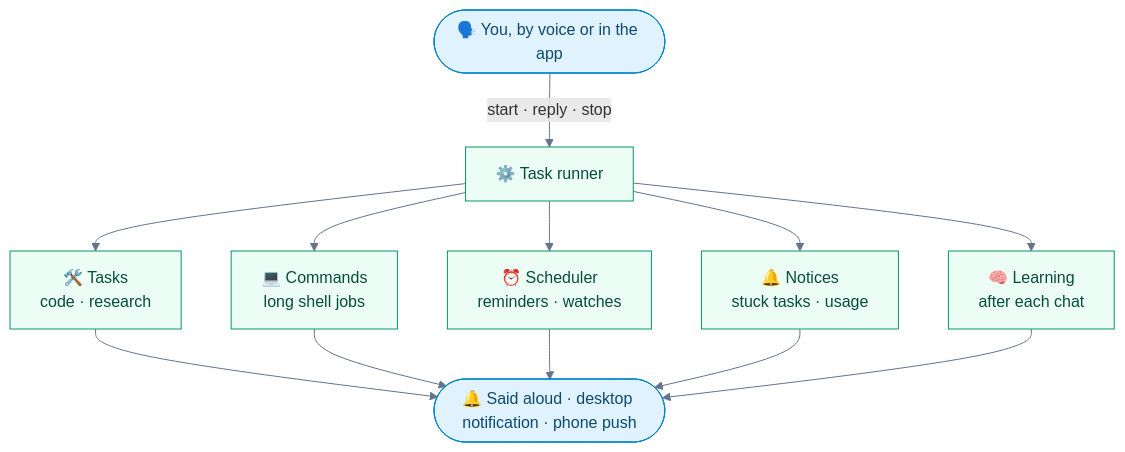
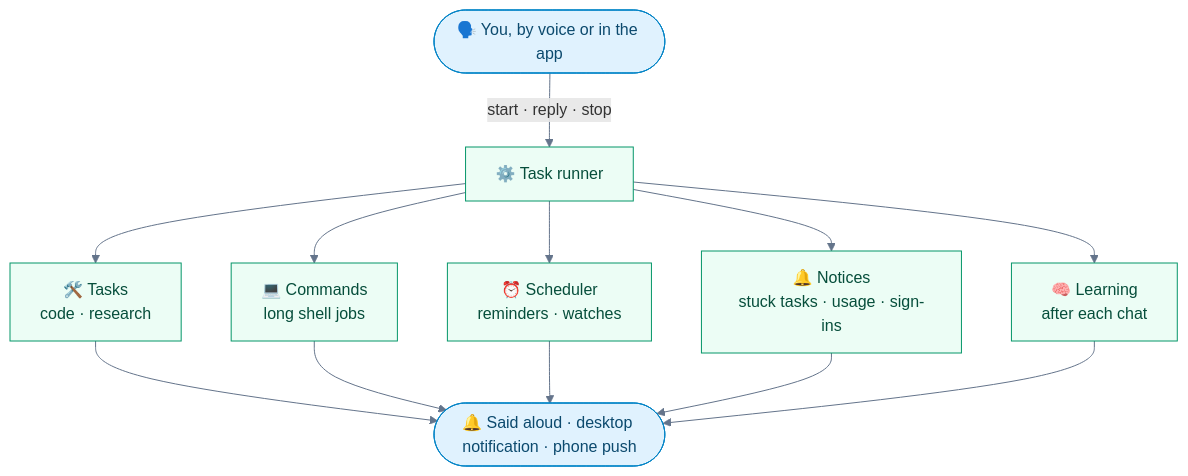
One commit to anilkumarmeena/alfred changed the first of 3 diagrams in docs/tasks.md. Above: the diagram before and after it, drawn with Mermaid. The commit also changed other lines of this file and 22 other files, not shown here.

````diff
--- a/docs/tasks.md
+++ b/docs/tasks.md
@@ -17,16 +17,16 @@
 ```mermaid
 flowchart TB
     You(["🗣️ You, by voice or in the app"]) -->|start · reply · stop| Runner["⚙️ Task runner"]
     Runner --> T["🛠️ Tasks<br/>code · research"]
     Runner --> C["💻 Commands<br/>long shell jobs"]
     Runner --> S["⏰ Scheduler<br/>reminders · watches"]
-    Runner --> H["🔔 Notices<br/>stuck tasks · usage"]
+    Runner --> H["🔔 Notices<br/>stuck tasks · usage · sign-ins"]
     Runner --> L["🧠 Learning<br/>after each chat"]
     T & C & S & H & L --> Tell(["🔔 Said aloud · desktop notification · phone push"])
 
     classDef you fill:#e0f2fe,stroke:#0284c7,color:#0c4a6e
     classDef mac fill:#ecfdf5,stroke:#059669,color:#064e3b
     class You,Tell you
     class Runner,T,C,S,H,L mac
     linkStyle default stroke:#64748b
 ```
````
